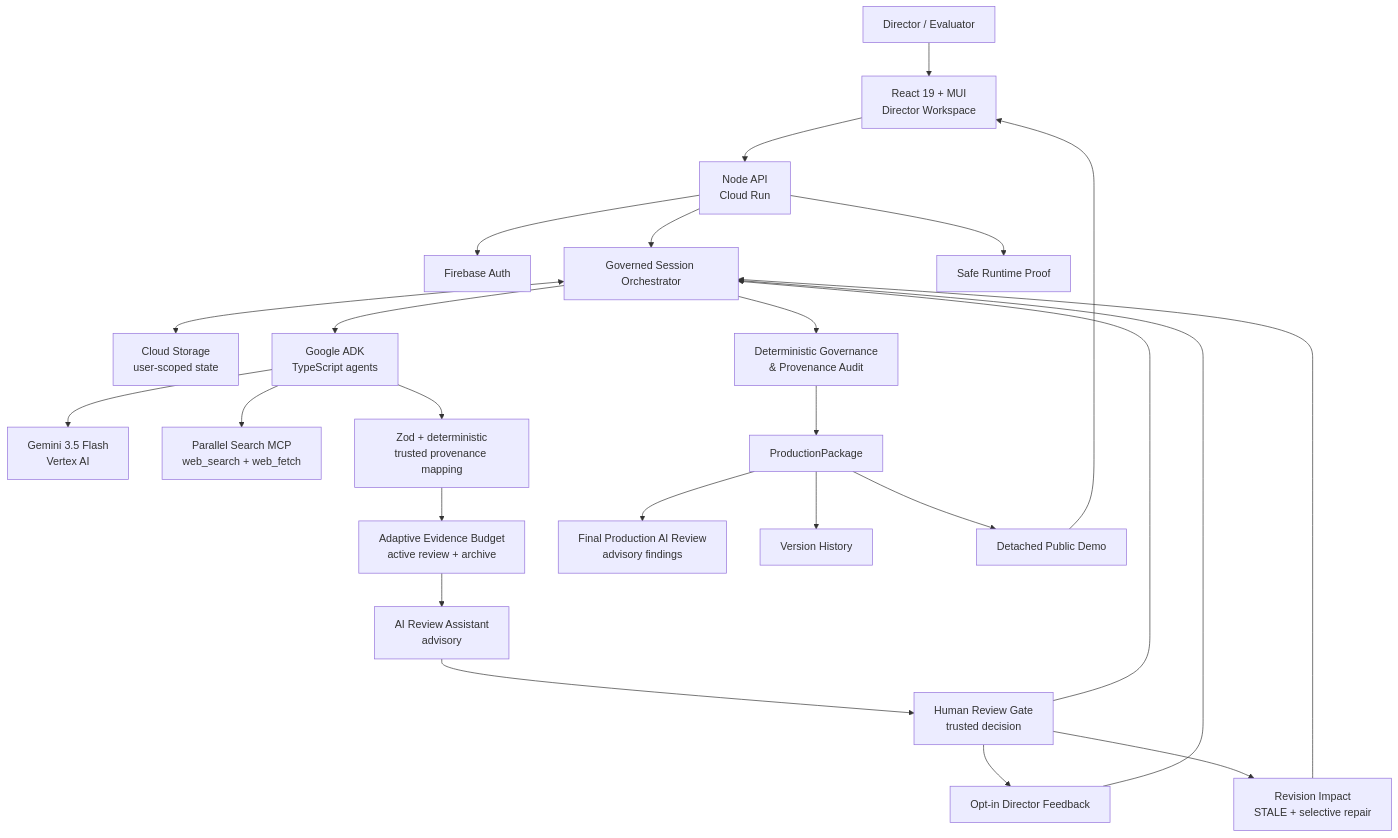
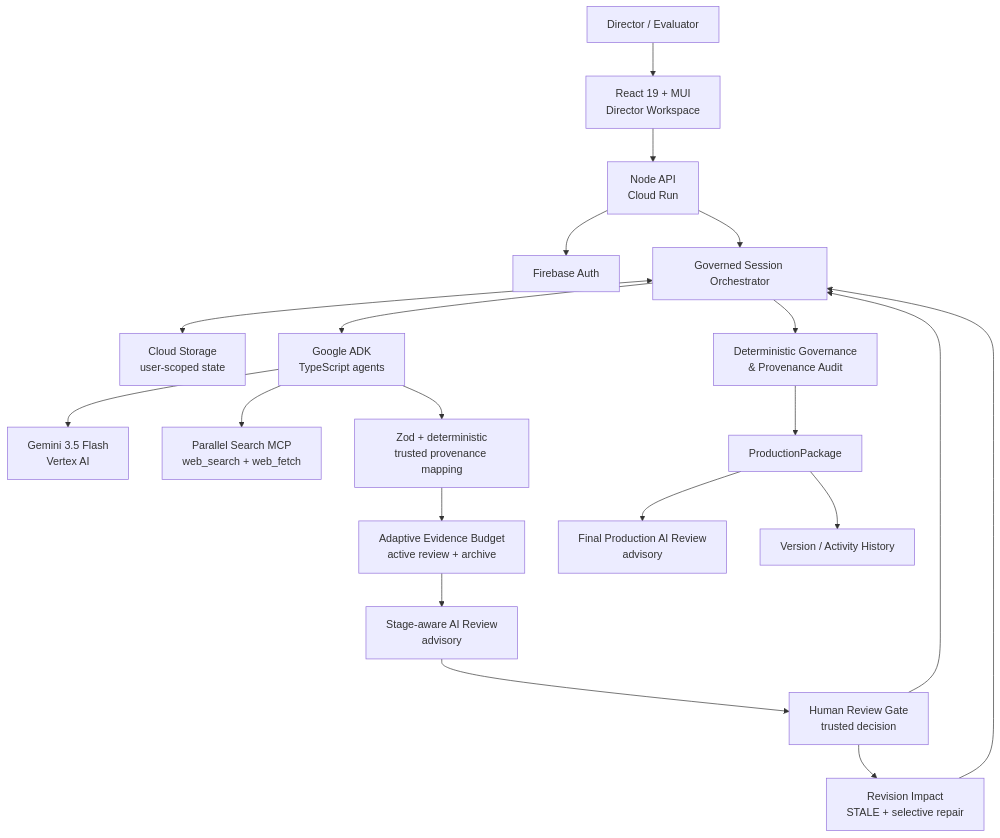
One commit to amin076/tital changed the first of 3 diagrams in docs/hackathon/all-things-agentic/ARCHITECTURE.md. Above: the diagram before and after it, drawn with Mermaid. The commit also changed other lines of this file, not shown here.

Commit message:
docs: refresh hackathon architecture after acceptance run

````diff
--- a/docs/hackathon/all-things-agentic/ARCHITECTURE.md
+++ b/docs/hackathon/all-things-agentic/ARCHITECTURE.md
@@ -11,37 +11,31 @@
 ```mermaid
 flowchart TB
     U[Director / Evaluator]
     WEB[React 19 + MUI\nDirector Workspace]
     API[Node API\nCloud Run]
     AUTH[Firebase Auth]
     ORCH[Governed Session Orchestrator]
     STORE[Cloud Storage\nuser-scoped state]
     ADK[Google ADK\nTypeScript agents]
     GEM[Gemini 3.5 Flash\nVertex AI]
     PAR[Parallel Search MCP\nweb_search + web_fetch]
     VALID[Zod + deterministic\ntrusted provenance mapping]
     BUDGET[Adaptive Evidence Budget\nactive review + archive]
-    AIREV[AI Review Assistant\nadvisory]
+    AIREV[Stage-aware AI Review\nadvisory]
     HUMAN[Human Review Gate\ntrusted decision]
-    MEMORY[Opt-in Director Feedback]
     AUDIT[Deterministic Governance\n& Provenance Audit]
     PKG[ProductionPackage]
-    FINAL[Final Production AI Review\nadvisory findings]
+    FINAL[Final Production AI Review\nadvisory]
     REV[Revision Impact\nSTALE + selective repair]
-    VER[Version History]
-    DEMO[Detached Public Demo]
-    RUNTIME[Safe Runtime Proof]
+    VER[Version / Activity History]
 
     U --> WEB --> API
     API --> AUTH
     API --> ORCH <--> STORE
     ORCH --> ADK --> GEM
     ADK --> PAR
     ADK --> VALID --> BUDGET --> AIREV --> HUMAN --> ORCH
-    HUMAN --> MEMORY --> ORCH
     ORCH --> AUDIT --> PKG --> FINAL
     HUMAN --> REV --> ORCH
     PKG --> VER
-    PKG --> DEMO --> WEB
-    API --> RUNTIME
 ```
````
